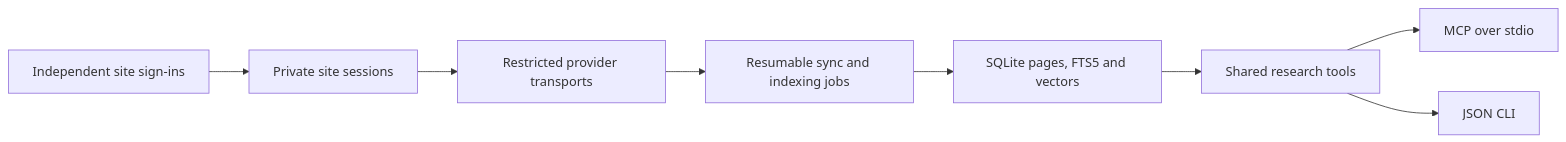
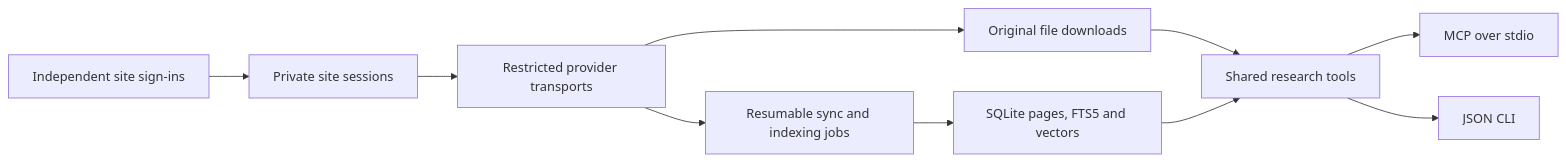
The diagram in mcp/README.md (ltmerletti/BoilerSpace), drawn with Mermaid before and after one commit. The commit also changed other lines of this file and 13 other files, not shown here.

````diff
--- a/mcp/README.md
+++ b/mcp/README.md
@@ -150,10 +170,12 @@
 ```mermaid
 flowchart LR
   Login[Independent site sign-ins] --> Session[Private site sessions]
   Session --> Reader[Restricted provider transports]
+  Reader --> Downloads[Original file downloads]
+  Downloads --> Tools[Shared research tools]
   Reader --> Jobs[Resumable sync and indexing jobs]
   Jobs --> Index[SQLite pages, FTS5 and vectors]
   Index --> Tools[Shared research tools]
   Tools --> MCP[MCP over stdio]
   Tools --> CLI[JSON CLI]
 ```
````
